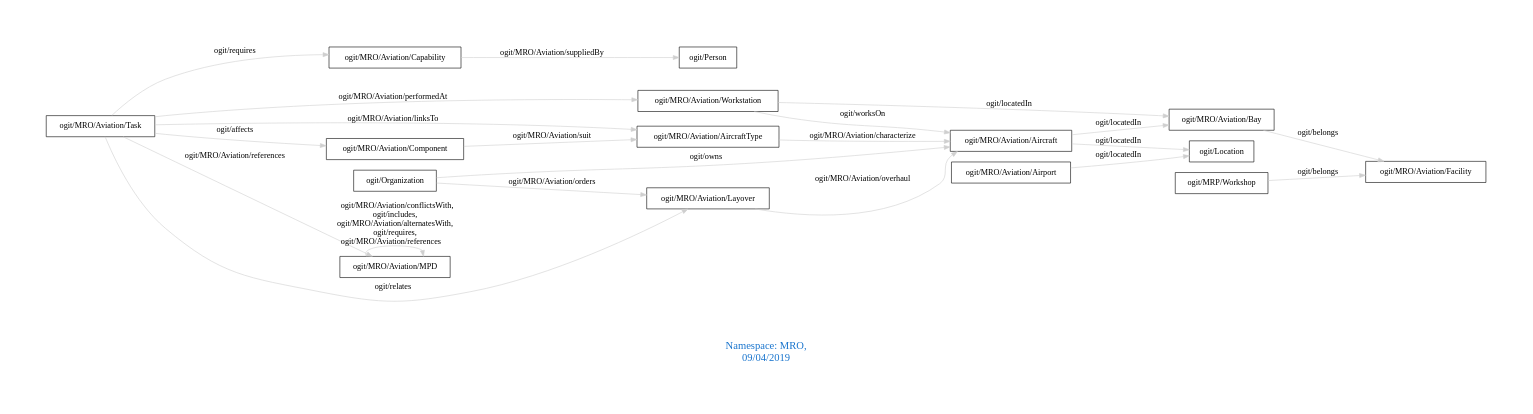
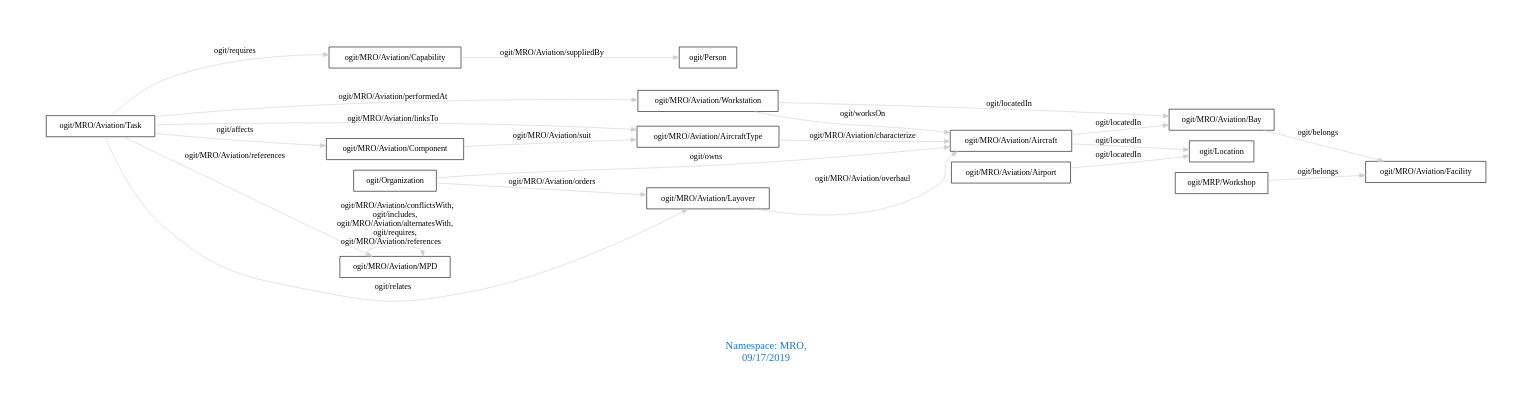
Before and after one commit to arago/OGIT: the diagram in downloads/MRO.dot, drawn with Graphviz. The commit also changed 148 other files, not shown here.

```diff
--- a/downloads/MRO.dot
+++ b/downloads/MRO.dot
@@ -1,28 +1,28 @@
 digraph OGIT_ontology {
  graph [ rankdir= LR,pad=1 
 fontsize = 18,
-fontcolor= dodgerblue3,label = "\n\n\nNamespace: MRO, \n 09/04/2019"];
+fontcolor= dodgerblue3,label = "\n\n\nNamespace: MRO, \n 09/17/2019"];
 node[shape=polygon];
 edge [  color="gray81"];
 
    "ogit/MRO/Aviation/Capability" -> "ogit/Person" [label="   ogit/MRO/Aviation/suppliedBy    "];
    "ogit/MRO/Aviation/Workstation" -> "ogit/MRO/Aviation/Aircraft" [label="   ogit/worksOn    "];
    "ogit/MRO/Aviation/Task" -> "ogit/MRO/Aviation/AircraftType" [label="   ogit/MRO/Aviation/linksTo    "];
    "ogit/MRO/Aviation/Layover" -> "ogit/MRO/Aviation/Aircraft" [label="   ogit/MRO/Aviation/overhaul    "];
    "ogit/MRO/Aviation/Aircraft" -> "ogit/Location" [label="   ogit/locatedIn    "];
    "ogit/MRO/Aviation/Aircraft" -> "ogit/MRO/Aviation/Bay" [label="   ogit/locatedIn    "];
    "ogit/MRO/Aviation/Airport" -> "ogit/Location" [label="   ogit/locatedIn    "];
    "ogit/MRO/Aviation/Workstation" -> "ogit/MRO/Aviation/Bay" [label="   ogit/locatedIn    "];
    "ogit/MRO/Aviation/Task" -> "ogit/MRO/Aviation/Component" [label="   ogit/affects    "];
    "ogit/MRO/Aviation/AircraftType" -> "ogit/MRO/Aviation/Aircraft" [label="   ogit/MRO/Aviation/characterize    "];
    "ogit/MRO/Aviation/Task" -> "ogit/MRO/Aviation/Capability" [label="   ogit/requires    "];
    "ogit/Organization" -> "ogit/MRO/Aviation/Aircraft" [label="   ogit/owns    "];
    "ogit/MRO/Aviation/Task" -> "ogit/MRO/Aviation/Workstation" [label="   ogit/MRO/Aviation/performedAt    "];
    "ogit/MRO/Aviation/Bay" -> "ogit/MRO/Aviation/Facility" [label="   ogit/belongs    "];
    "ogit/MRP/Workshop" -> "ogit/MRO/Aviation/Facility" [label="   ogit/belongs    "];
    "ogit/MRO/Aviation/Task" -> "ogit/MRO/Aviation/MPD" [label="   ogit/MRO/Aviation/references    "];
    "ogit/MRO/Aviation/Component" -> "ogit/MRO/Aviation/AircraftType" [label="   ogit/MRO/Aviation/suit    "];
    "ogit/MRO/Aviation/Task" -> "ogit/MRO/Aviation/Layover" [label="   ogit/relates    "];
    "ogit/Organization" -> "ogit/MRO/Aviation/Layover" [label="   ogit/MRO/Aviation/orders    "];
    "ogit/MRO/Aviation/MPD" -> "ogit/MRO/Aviation/MPD" [label="   ogit/MRO/Aviation/conflictsWith, \n ogit/includes, \n ogit/MRO/Aviation/alternatesWith, \n ogit/requires, \n ogit/MRO/Aviation/references    "];
 }
```
